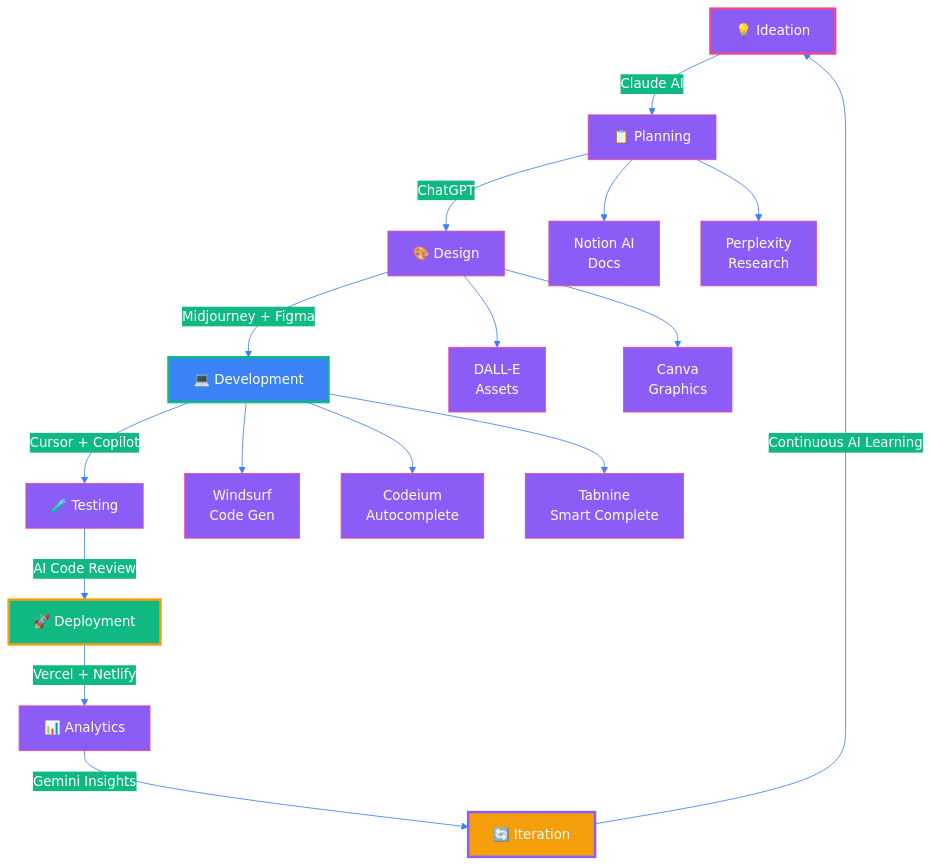
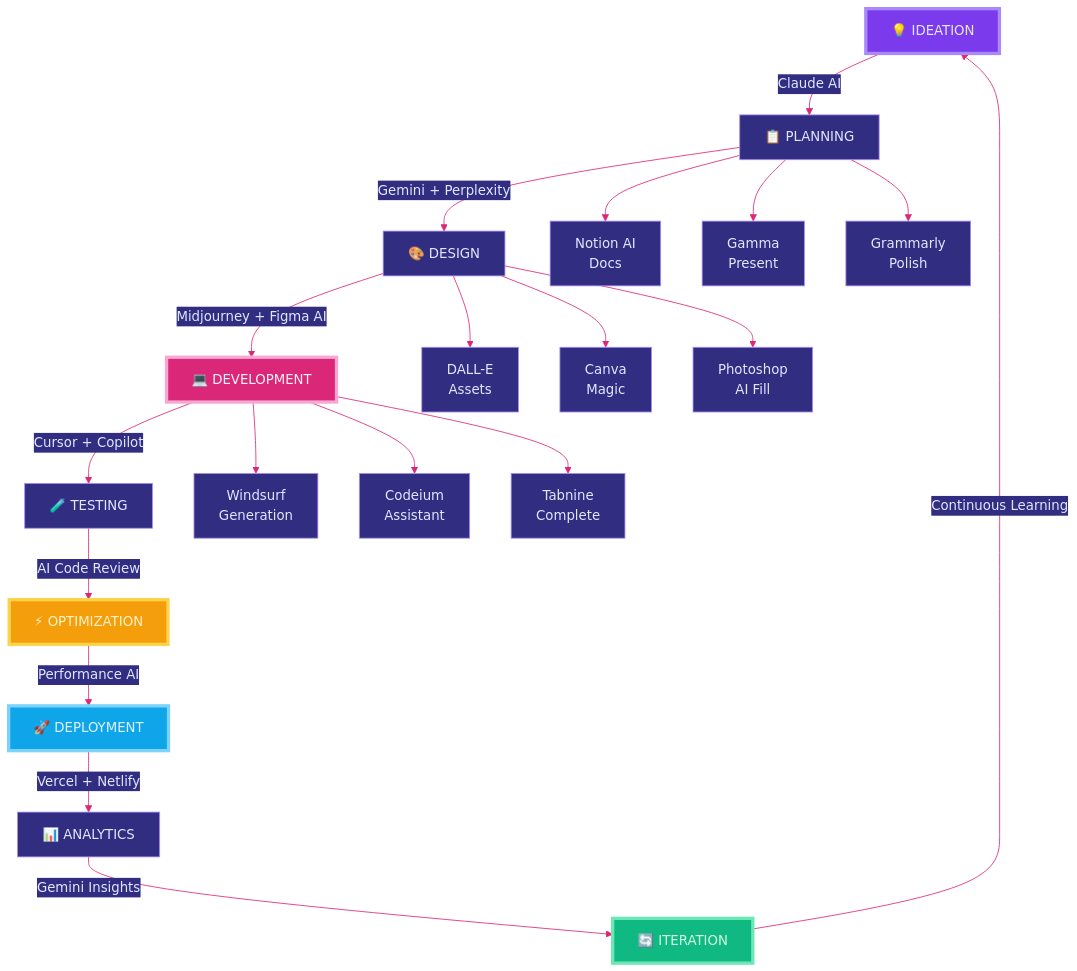
Before and after one commit to Harshad-Jethva/Harshad-Jethva: the diagram in README.md, drawn with Mermaid. The commit also changed other lines of this file, not shown here.

````diff
--- a/README.md
+++ b/README.md
@@ -325,27 +387,31 @@
 ```mermaid
-%%{init: {'theme':'base', 'themeVariables': { 'primaryColor':'#8B5CF6','primaryTextColor':'#fff','primaryBorderColor':'#EC4899','lineColor':'#3B82F6','secondaryColor':'#10B981','tertiaryColor':'#F59E0B'}}}%%
+%%{init: {'theme':'base', 'themeVariables': { 'primaryColor':'#7C3AED','primaryTextColor':'#E0E7FF','primaryBorderColor':'#A78BFA','lineColor':'#DB2777','secondaryColor':'#0EA5E9','tertiaryColor':'#10B981','background':'#1E1B4B','mainBkg':'#312E81','nodeBorder':'#A78BFA','clusterBkg':'#1E1B4B','clusterBorder':'#7C3AED','titleColor':'#E0E7FF','edgeLabelBackground':'#312E81'}}}%%
 graph TB
-    A[💡 Ideation] -->|Claude AI| B[📋 Planning]
-    B -->|ChatGPT| C[🎨 Design]
-    C -->|Midjourney + Figma| D[💻 Development]
-    D -->|Cursor + Copilot| E[🧪 Testing]
-    E -->|AI Code Review| F[🚀 Deployment]
-    F -->|Vercel + Netlify| G[📊 Analytics]
-    G -->|Gemini Insights| H[🔄 Iteration]
-    H -->|Continuous AI Learning| A
+    START[💡 IDEATION] -->|Claude AI| PLAN[📋 PLANNING]
+    PLAN -->|Gemini + Perplexity| DESIGN[🎨 DESIGN]
+    DESIGN -->|Midjourney + Figma AI| CODE[💻 DEVELOPMENT]
+    CODE -->|Cursor + Copilot| TEST[🧪 TESTING]
+    TEST -->|AI Code Review| OPTIMIZE[⚡ OPTIMIZATION]
+    OPTIMIZE -->|Performance AI| DEPLOY[🚀 DEPLOYMENT]
+    DEPLOY -->|Vercel + Netlify| MONITOR[📊 ANALYTICS]
+    MONITOR -->|Gemini Insights| ITERATE[🔄 ITERATION]
+    ITERATE -->|Continuous Learning| START
     
-    D --> I[Windsurf<br/>Code Gen]
-    D --> J[Codeium<br/>Autocomplete]
-    D --> K[Tabnine<br/>Smart Complete]
+    CODE --> WIND[Windsurf<br/>Generation]
+    CODE --> CODE1[Codeium<br/>Assistant]
+    CODE --> TAB[Tabnine<br/>Complete]
     
-    C --> L[DALL-E<br/>Assets]
-    C --> M[Canva<br/>Graphics]
+    DESIGN --> DALLE[DALL-E<br/>Assets]
+    DESIGN --> CANVA[Canva<br/>Magic]
+    DESIGN --> PS[Photoshop<br/>AI Fill]
     
-    B --> N[Notion AI<br/>Docs]
-    B --> O[Perplexity<br/>Research]
+    PLAN --> NOTION[Notion AI<br/>Docs]
+    PLAN --> GAMMA[Gamma<br/>Present]
+    PLAN --> GRAM[Grammarly<br/>Polish]
     
-    style A fill:#8B5CF6,stroke:#EC4899,stroke-width:3px,color:#fff
-    style D fill:#3B82F6,stroke:#10B981,stroke-width:3px,color:#fff
-    style F fill:#10B981,stroke:#F59E0B,stroke-width:3px,color:#fff
-    style H fill:#F59E0B,stroke:#8B5CF6,stroke-width:3px,color:#fff
+    style START fill:#7C3AED,stroke:#A78BFA,stroke-width:4px,color:#E0E7FF
+    style CODE fill:#DB2777,stroke:#F9A8D4,stroke-width:4px,color:#FDF2F8
+    style DEPLOY fill:#0EA5E9,stroke:#7DD3FC,stroke-width:4px,color:#E0F2FE
+    style ITERATE fill:#10B981,stroke:#6EE7B7,stroke-width:4px,color:#D1FAE5
+    style OPTIMIZE fill:#F59E0B,stroke:#FCD34D,stroke-width:4px,color:#FEF3C7
 ```
````
